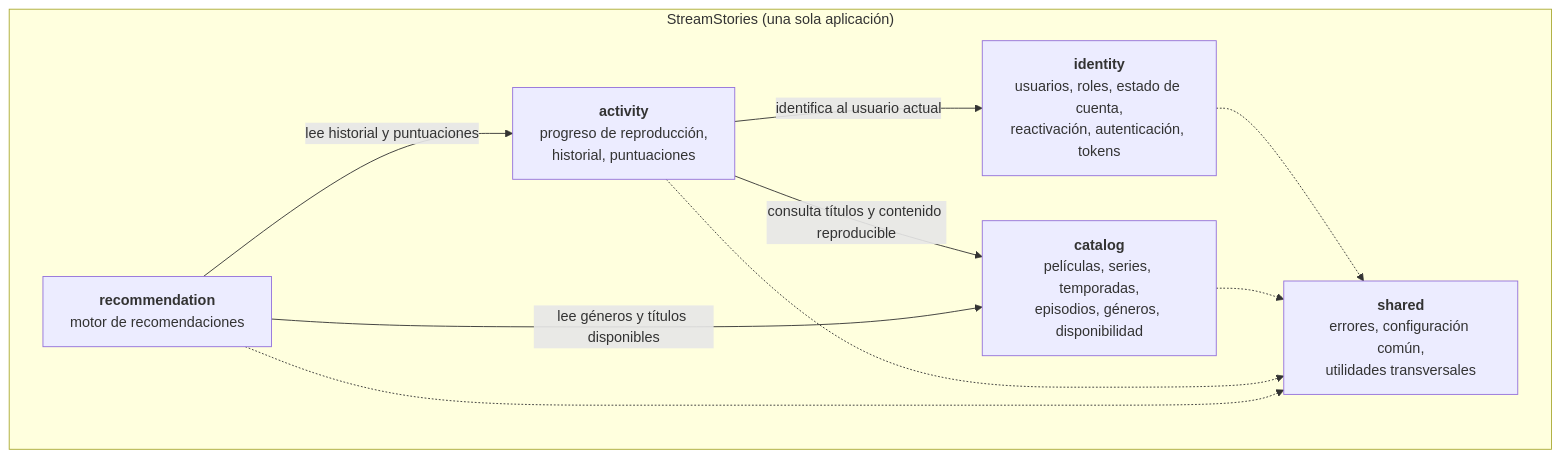
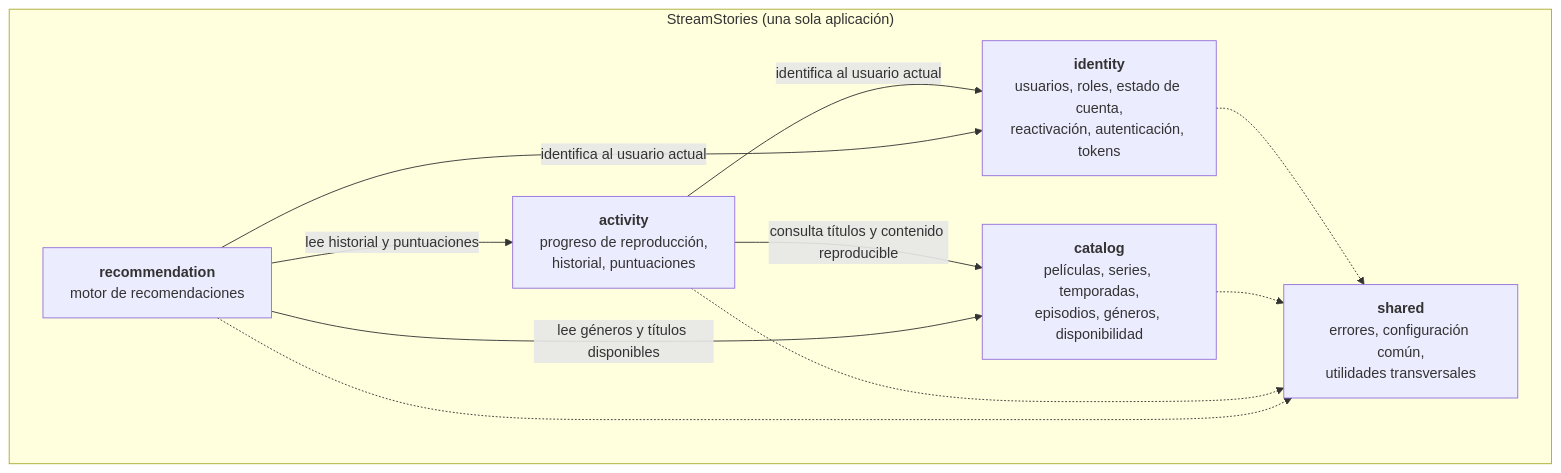
One commit to paulaciano/streamstories changed the second of 3 diagrams in docs/02-arquitectura.md. Above: the diagram before and after it, drawn with Mermaid. The commit also changed other lines of this file and 26 other files, not shown here.

````diff
--- a/docs/02-arquitectura.md
+++ b/docs/02-arquitectura.md
@@ -51,19 +51,20 @@
 ```mermaid
 flowchart TB
     subgraph app["StreamStories (una sola aplicación)"]
         identity["<b>identity</b><br/>usuarios, roles, estado de cuenta,<br/>reactivación, autenticación, tokens"]
         catalog["<b>catalog</b><br/>películas, series, temporadas,<br/>episodios, géneros, disponibilidad"]
         activity["<b>activity</b><br/>progreso de reproducción,<br/>historial, puntuaciones"]
         reco["<b>recommendation</b><br/>motor de recomendaciones"]
         shared["<b>shared</b><br/>errores, configuración común,<br/>utilidades transversales"]
     end
 
     activity -->|consulta títulos y contenido reproducible| catalog
     activity -->|identifica al usuario actual| identity
     reco -->|lee historial y puntuaciones| activity
     reco -->|lee géneros y títulos disponibles| catalog
+    reco -->|identifica al usuario actual| identity
     identity -.-> shared
     catalog -.-> shared
     activity -.-> shared
     reco -.-> shared
 ```
````
